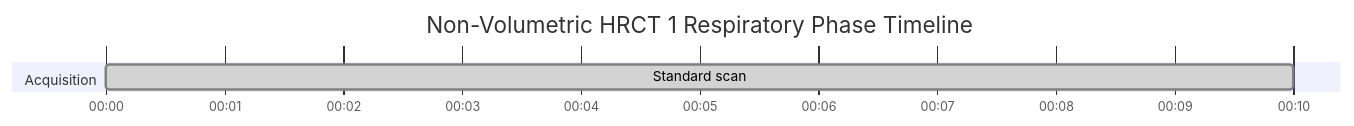
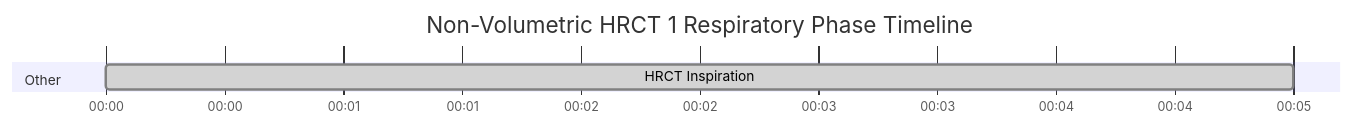
The diagram in docs/ct/chest/non-volumetric-hrct-1-respiratory-phase.md (dfergs93/radiology-protocols), drawn with Mermaid before and after one commit. The commit also changed 101 other files, not shown here.

````diff
--- a/docs/ct/chest/non-volumetric-hrct-1-respiratory-phase.md
+++ b/docs/ct/chest/non-volumetric-hrct-1-respiratory-phase.md
@@ -69,13 +69,15 @@
   ```mermaid
   ---
+  displayMode: compact
   config:
     theme: default
+    themeCSS: " #Saline{ fill: #4ed5ff; stroke: #2094f3; } "
   ---
     gantt
       title Non-Volumetric HRCT 1 Respiratory Phase Timeline
       dateFormat mm:ss
       axisFormat %M:%S 
       
-      section Acquisition
-      Standard scan    :done, scan1, 00:00, 10s
+      section Other
+      HRCT Inspiration    :done, scan1, 00:00, 5s
   ```
````
